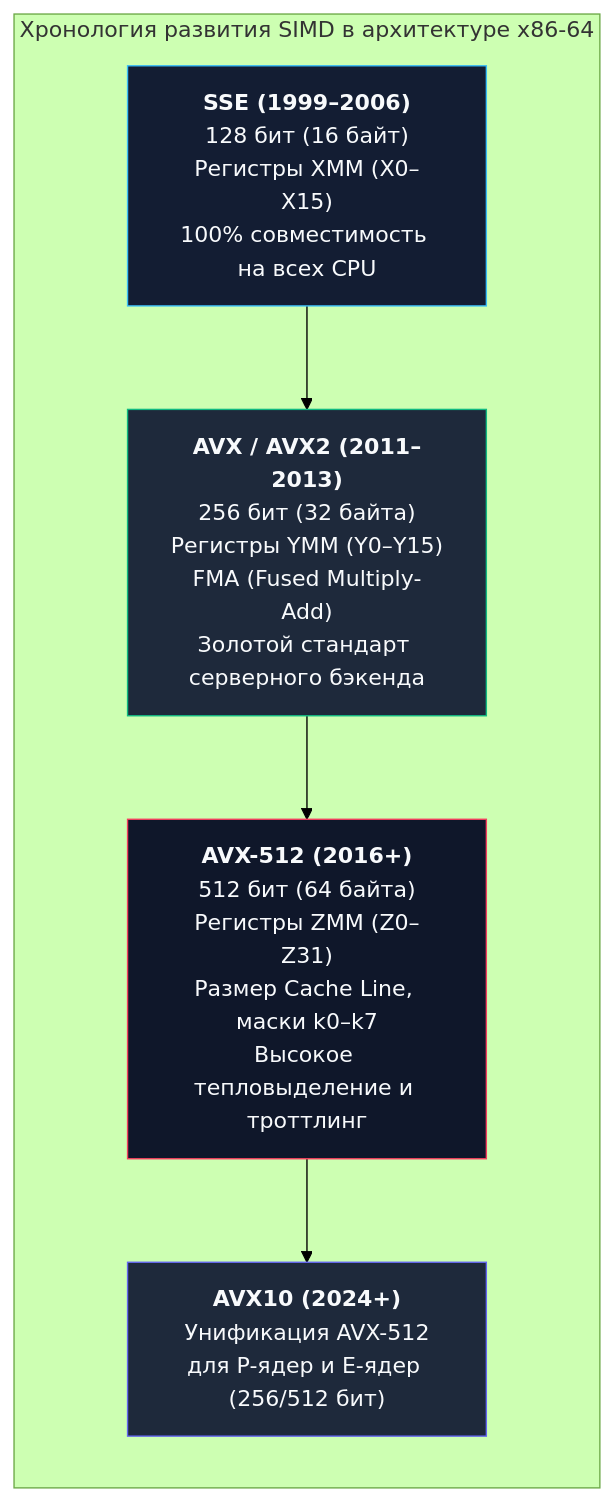
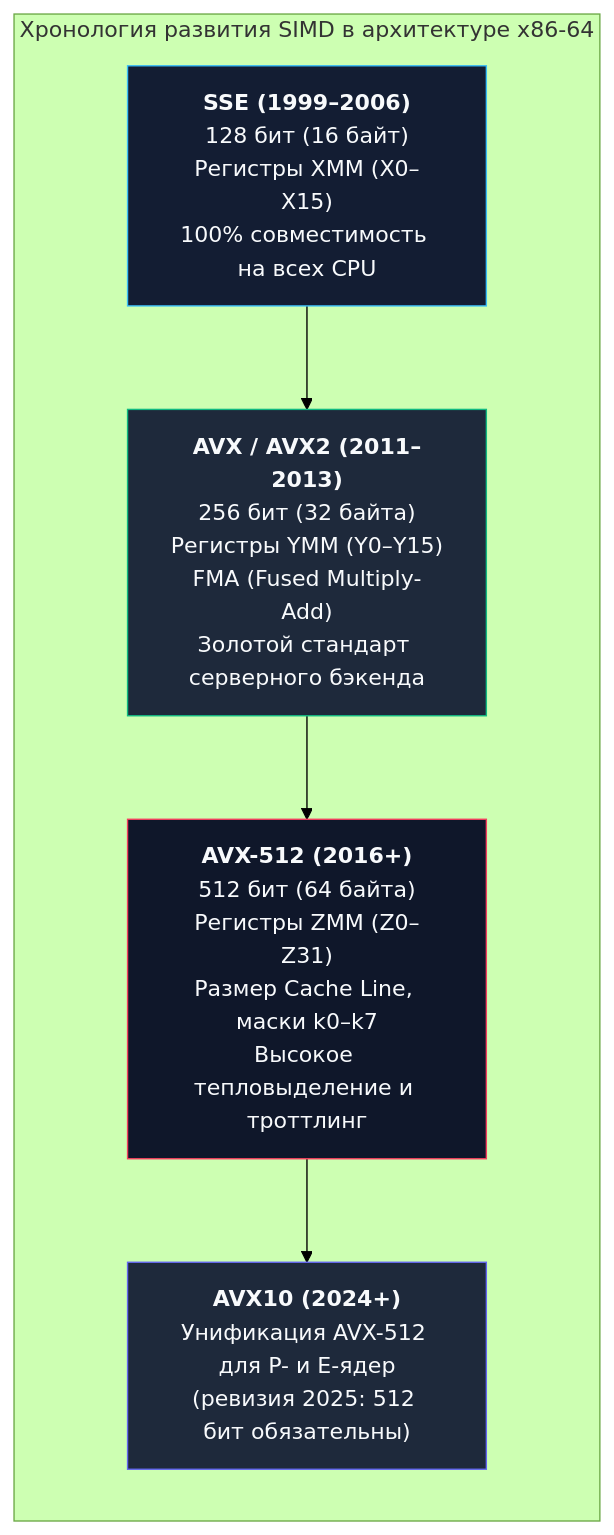
One commit to UnrealTemplier/go-textbook-ru changed the first of 2 diagrams in sources/1. Архитектура компьютера/15. AVX, AVX2, AVX-512 и ограничения SIMD.md. Above: the diagram before and after it, drawn with Mermaid (forest theme). The commit also changed other lines of this file and 40 other files, not shown here.

````diff
--- a/sources/1. Архитектура компьютера/15. AVX, AVX2, AVX-512 и ограничения SIMD.md
+++ b/sources/1. Архитектура компьютера/15. AVX, AVX2, AVX-512 и ограничения SIMD.md
@@ -15,23 +15,23 @@
 ```mermaid
 flowchart LR
     subgraph Timeline ["Хронология развития SIMD в архитектуре x86-64"]
         direction TB
         SSE["<b>SSE (1999–2006)</b><br>128 бит (16 байт)<br>Регистры XMM (X0–X15)<br>100% совместимость на всех CPU"]
         AVX["<b>AVX / AVX2 (2011–2013)</b><br>256 бит (32 байта)<br>Регистры YMM (Y0–Y15)<br>FMA (Fused Multiply-Add)<br>Золотой стандарт серверного бэкенда"]
         AVX512["<b>AVX-512 (2016+)</b><br>512 бит (64 байта)<br>Регистры ZMM (Z0–Z31)<br>Размер Cache Line, маски k0–k7<br>Высокое тепловыделение и троттлинг"]
-        AVX10["<b>AVX10 (2024+)</b><br>Унификация AVX-512<br>для P-ядер и E-ядер (256/512 бит)"]
+        AVX10["<b>AVX10 (2024+)</b><br>Унификация AVX-512 для P- и E-ядер<br>(ревизия 2025: 512 бит обязательны)"]
     end
 
     SSE --> AVX
     AVX --> AVX512
     AVX512 --> AVX10
 
     classDef sse fill:#131d33,stroke:#38bdf8,stroke-width:1px,color:#f8fafc;
     classDef avx fill:#1e293b,stroke:#10b981,stroke-width:1px,color:#f8fafc;
     classDef avx512 fill:#0f172a,stroke:#f43f5e,stroke-width:1px,color:#f8fafc;
     classDef avx10 fill:#1e293b,stroke:#6366f1,stroke-width:1px,color:#f8fafc;
     class SSE sse;
     class AVX avx;
     class AVX512 avx512;
     class AVX10 avx10;
 ```
````
